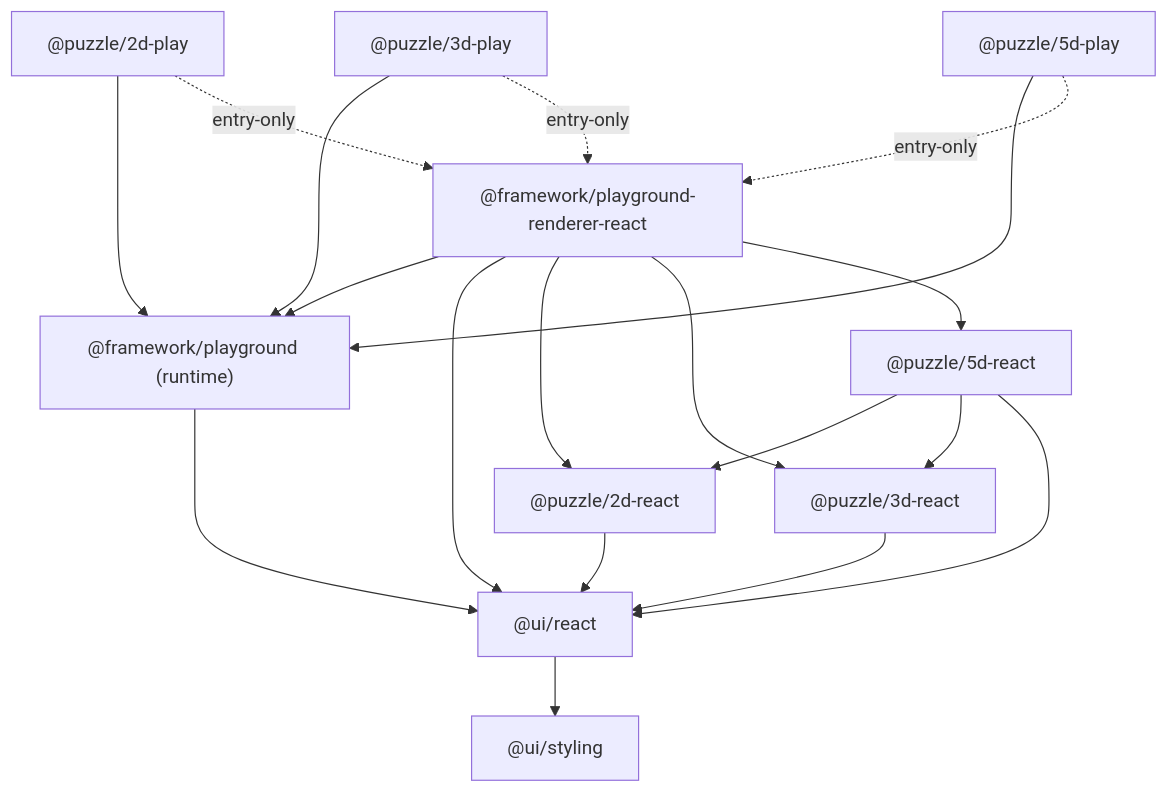
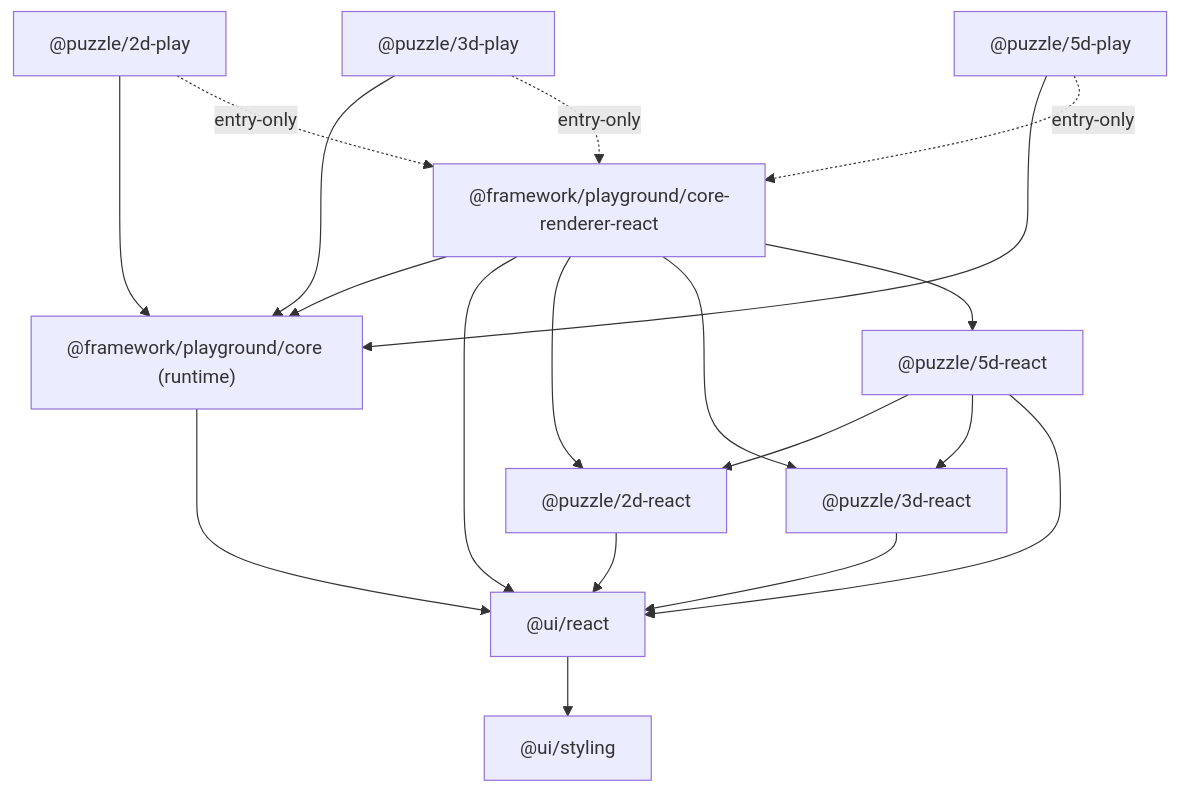
One commit to usalu/semio changed the diagram in .cursor/plans/puzzle_playground_relayer_5d67554e.plan.md. Above: the diagram before and after it, drawn with Mermaid. The commit also changed other lines of this file and 1035 other files, not shown here.

````diff
--- a/.cursor/plans/puzzle_playground_relayer_5d67554e.plan.md
+++ b/.cursor/plans/puzzle_playground_relayer_5d67554e.plan.md
@@ -36,32 +36,32 @@
 ```mermaid
 flowchart TB
   styling["@ui/styling"]
   uireact["@ui/react"]
-  pg["@framework/playground (runtime)"]
-  pgr["@framework/playground-renderer-react"]
+  pg["@framework/playground/core (runtime)"]
+  pgr["@framework/playground/core-renderer-react"]
   r2["@puzzle/2d-react"]
   r3["@puzzle/3d-react"]
   r5["@puzzle/5d-react"]
   p2["@puzzle/2d-play"]
   p3["@puzzle/3d-play"]
   p5["@puzzle/5d-play"]
 
   uireact --> styling
   r2 --> uireact
   r3 --> uireact
   r5 --> r2
   r5 --> r3
   r5 --> uireact
   pg --> uireact
   pgr --> pg
   pgr --> uireact
   pgr --> r2
   pgr --> r3
   pgr --> r5
   p2 --> pg
   p3 --> pg
   p5 --> pg
   p2 -.entry-only.-> pgr
   p3 -.entry-only.-> pgr
   p5 -.entry-only.-> pgr
 ```
````
